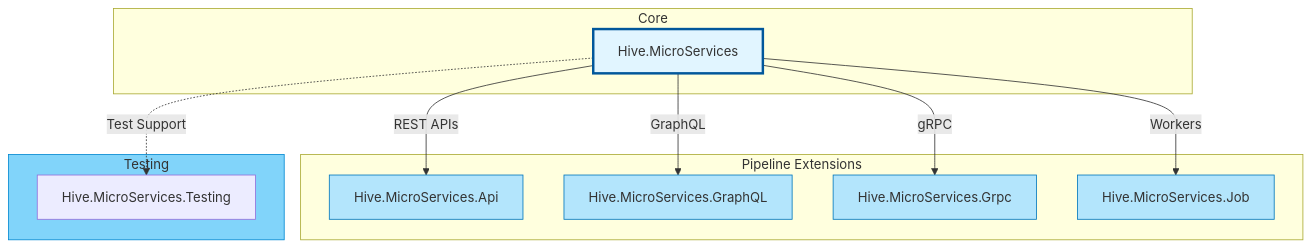
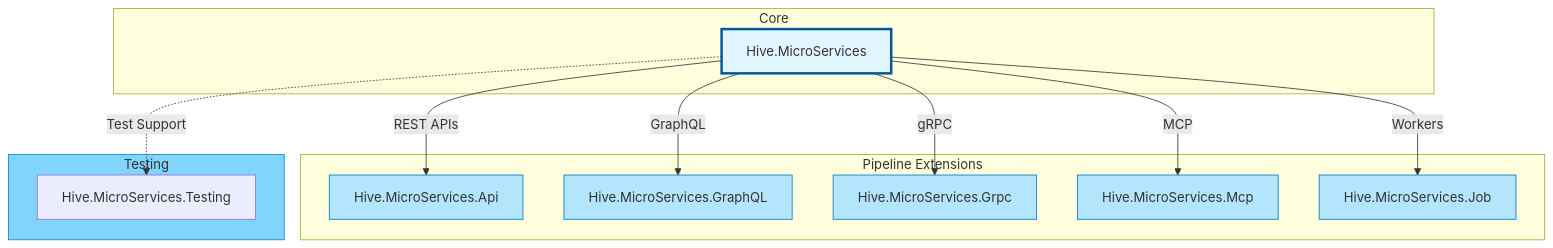
One commit to cloud-tek/hive changed the first of 4 diagrams in hive.microservices/README.md. Above: the diagram before and after it, drawn with Mermaid. The commit also changed other lines of this file and 3 other files, not shown here.

First line of the commit message:
docs: document the Hive.MicroServices.Mcp pipeline mode

````diff
--- a/hive.microservices/README.md
+++ b/hive.microservices/README.md
@@ -11,30 +11,33 @@
 ```mermaid
 graph TB
     subgraph Core
         MicroServices[Hive.MicroServices]
     end
 
     subgraph "Pipeline Extensions"
         Api[Hive.MicroServices.Api]
         GraphQL[Hive.MicroServices.GraphQL]
         Grpc[Hive.MicroServices.Grpc]
+        Mcp[Hive.MicroServices.Mcp]
         Job[Hive.MicroServices.Job]
     end
 
     subgraph Testing
         HTesting[Hive.MicroServices.Testing]
     end
 
     MicroServices -->|REST APIs| Api
     MicroServices -->|GraphQL| GraphQL
     MicroServices -->|gRPC| Grpc
+    MicroServices -->|MCP| Mcp
     MicroServices -->|Workers| Job
     MicroServices -.->|Test Support| HTesting
 
     style MicroServices fill:#e1f5ff,stroke:#01579b,stroke-width:3px
     style Api fill:#b3e5fc,stroke:#0277bd
     style GraphQL fill:#b3e5fc,stroke:#0277bd
     style Grpc fill:#b3e5fc,stroke:#0277bd
+    style Mcp fill:#b3e5fc,stroke:#0277bd
     style Job fill:#b3e5fc,stroke:#0277bd
     style Testing fill:#81d4fa,stroke:#0288d1
 ```
````
